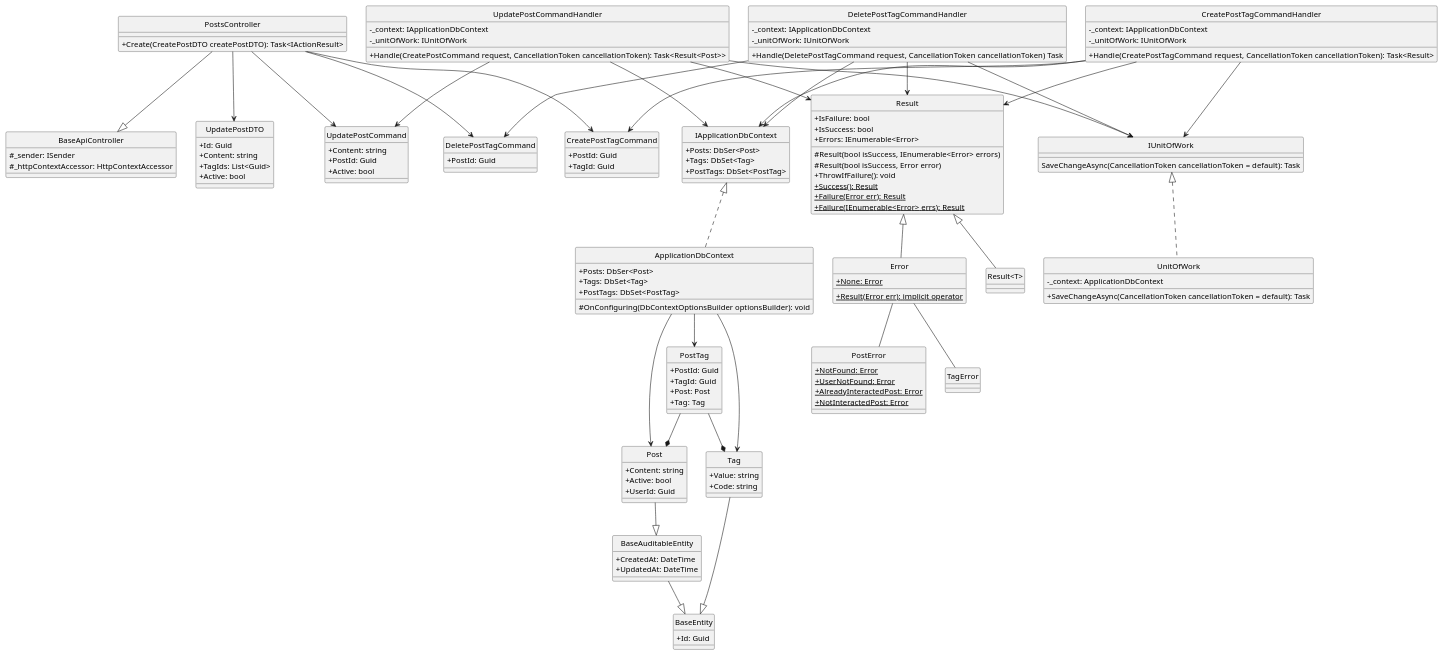
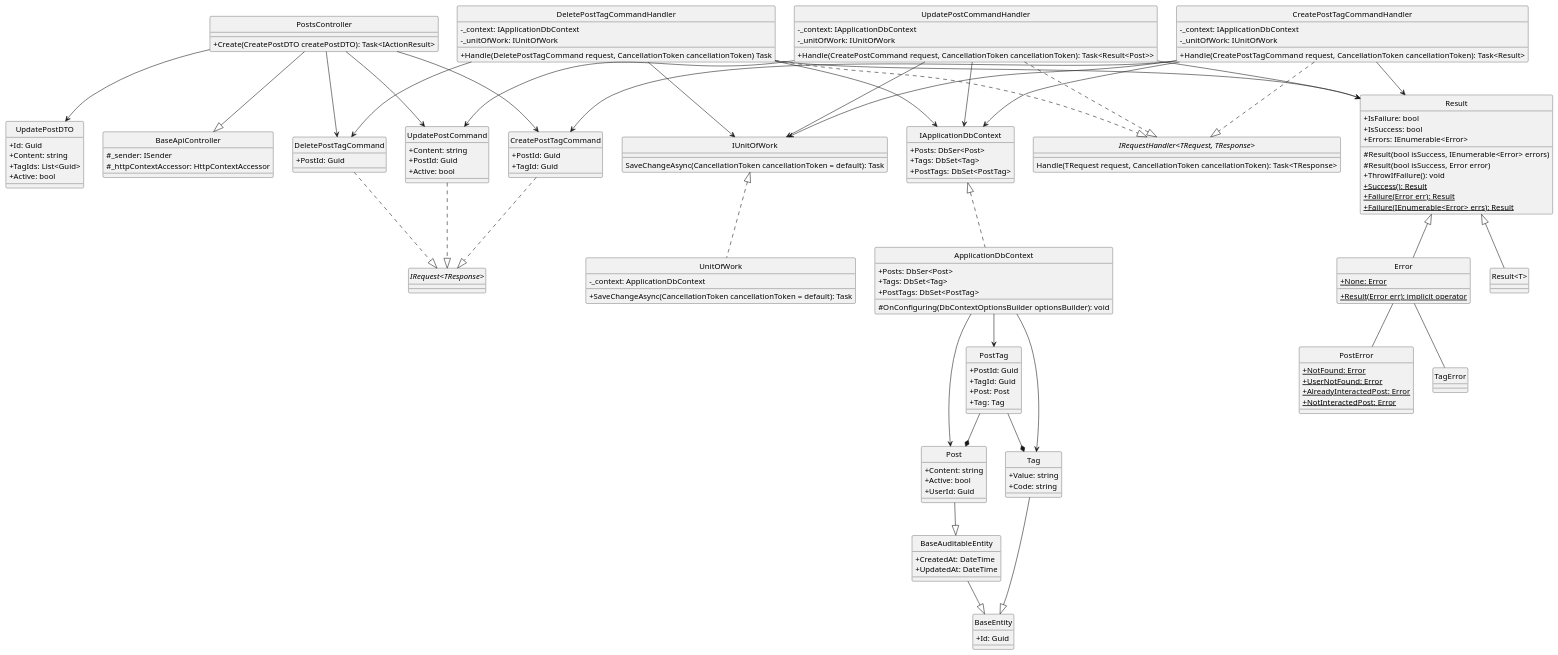
The diagram in docs/Class Diagram/Post/Post/UpdatePost/ClassDiagram.plantuml (Carl-Johnsons/Chat-Application), drawn with PlantUML before and after one commit. The commit also changed 21 other files, not shown here.

Commit message:
update post class diagram

```diff
--- a/docs/Class Diagram/Post/Post/UpdatePost/ClassDiagram.plantuml
+++ b/docs/Class Diagram/Post/Post/UpdatePost/ClassDiagram.plantuml
@@ -1,163 +1,175 @@
-@startuml 
+@startuml updatePost
 hide circle
 skinparam classAttributeIconSize 0
 
 class BaseApiController {
     #_sender: ISender
     #_httpContextAccessor: HttpContextAccessor
 }
 
 class PostsController {
     +Create(CreatePostDTO createPostDTO): Task<IActionResult>
 }
 
 class UpdatePostCommand {
     +Content: string
     +PostId: Guid
     +Active: bool 
 }
 
 class UpdatePostCommandHandler {
     -_context: IApplicationDbContext
     -_unitOfWork: IUnitOfWork
     +Handle(CreatePostCommand request, CancellationToken cancellationToken): Task<Result<Post>>
 }
 
 class DeletePostTagCommand {
     +PostId: Guid 
 }
 
 class DeletePostTagCommandHandler {
     -_context: IApplicationDbContext
     -_unitOfWork: IUnitOfWork
     +Handle(DeletePostTagCommand request, CancellationToken cancellationToken) Task
 }
 
 class CreatePostTagCommand {
     +PostId: Guid
     +TagId: Guid
 }
 
 class CreatePostTagCommandHandler {
     -_context: IApplicationDbContext
     -_unitOfWork: IUnitOfWork 
     +Handle(CreatePostTagCommand request, CancellationToken cancellationToken): Task<Result>
 }
 
 class IApplicationDbContext {
     +Posts: DbSer<Post>
     +Tags: DbSet<Tag>
     +PostTags: DbSet<PostTag>
 }
 
 class ApplicationDbContext {
     +Posts: DbSer<Post>
     +Tags: DbSet<Tag>
     +PostTags: DbSet<PostTag>
     #OnConfiguring(DbContextOptionsBuilder optionsBuilder): void
 }
 
 class Result {
     +IsFailure: bool
     +IsSuccess: bool
     +Errors: IEnumerable<Error> 
     #Result(bool isSuccess, IEnumerable<Error> errors)
     #Result(bool isSuccess, Error error)
     +ThrowIfFailure(): void
     +{static} Success(): Result
     +{static} Failure(Error err): Result
     +{static} Failure(IEnumerable<Error> errs): Result
 }
 
 class Error {
     +{static} None: Error
     +{static} Result(Error err): implicit operator
 }
 
 class IUnitOfWork {
     SaveChangeAsync(CancellationToken cancellationToken = default): Task
 }
 
 class UnitOfWork {
     -_context: ApplicationDbContext
     +SaveChangeAsync(CancellationToken cancellationToken = default): Task
 }
 
 class PostError {
     +{static} NotFound: Error
     +{static} UserNotFound: Error
     +{static} AlreadyInteractedPost: Error
     +{static} NotInteractedPost: Error
 }
 
 class UpdatePostDTO {
     +Id: Guid
     +Content: string
     +TagIds: List<Guid> 
     +Active: bool
 }
 
 class BaseEntity {
     +Id: Guid
 }
 
 class BaseAuditableEntity{
     +CreatedAt: DateTime 
     +UpdatedAt: DateTime 
 }
 
 class Tag {
     +Value: string 
     +Code: string 
 }
 
 class Post {
     +Content: string
     +Active: bool
     +UserId: Guid 
 }
 
 class PostTag {
     +PostId: Guid
     +TagId: Guid 
     +Post: Post
     +Tag: Tag
 }
 
+interface "IRequest<TResponse>"
+interface "IRequestHandler<TRequest, TResponse>"{
+    Handle(TRequest request, CancellationToken cancellationToken): Task<TResponse>
+}
+
 '==== Update Post ====
 'API Layer
 PostsController --|> BaseApiController
 PostsController --> UpdatePostCommand
 PostsController --> UpdatePostDTO
 PostsController --> DeletePostTagCommand
 PostsController --> CreatePostTagCommand
 'Application Layer
+UpdatePostCommand ..|> "IRequest<TResponse>"
+UpdatePostCommandHandler ..|> "IRequestHandler<TRequest, TResponse>"
+DeletePostTagCommand ..|> "IRequest<TResponse>"
+DeletePostTagCommandHandler ..|> "IRequestHandler<TRequest, TResponse>"
+CreatePostTagCommand ..|> "IRequest<TResponse>"
+CreatePostTagCommandHandler ..|> "IRequestHandler<TRequest, TResponse>"
+
 UpdatePostCommandHandler --> UpdatePostCommand
 UpdatePostCommandHandler --> Result
 UpdatePostCommandHandler --> IUnitOfWork
 UpdatePostCommandHandler --> IApplicationDbContext
 DeletePostTagCommandHandler --> DeletePostTagCommand
 DeletePostTagCommandHandler --> Result
 DeletePostTagCommandHandler --> IUnitOfWork
 DeletePostTagCommandHandler --> IApplicationDbContext
 CreatePostTagCommandHandler --> CreatePostTagCommand
 CreatePostTagCommandHandler --> Result
 CreatePostTagCommandHandler --> IUnitOfWork
 CreatePostTagCommandHandler --> IApplicationDbContext
 'Domain Layer
 Result <|-- Error
 Result <|-- "Result<T>"
 Error -- TagError
 Error -- PostError
 Tag --|> BaseEntity
 Post --|> BaseAuditableEntity
 BaseAuditableEntity --|> BaseEntity
 PostTag --* Post
 PostTag --* Tag
 'Infrastructure Layer
 IUnitOfWork <|.. UnitOfWork
 IApplicationDbContext <|.. ApplicationDbContext
 ApplicationDbContext --> Tag
 ApplicationDbContext --> Post
 ApplicationDbContext --> PostTag
 @enduml
```
